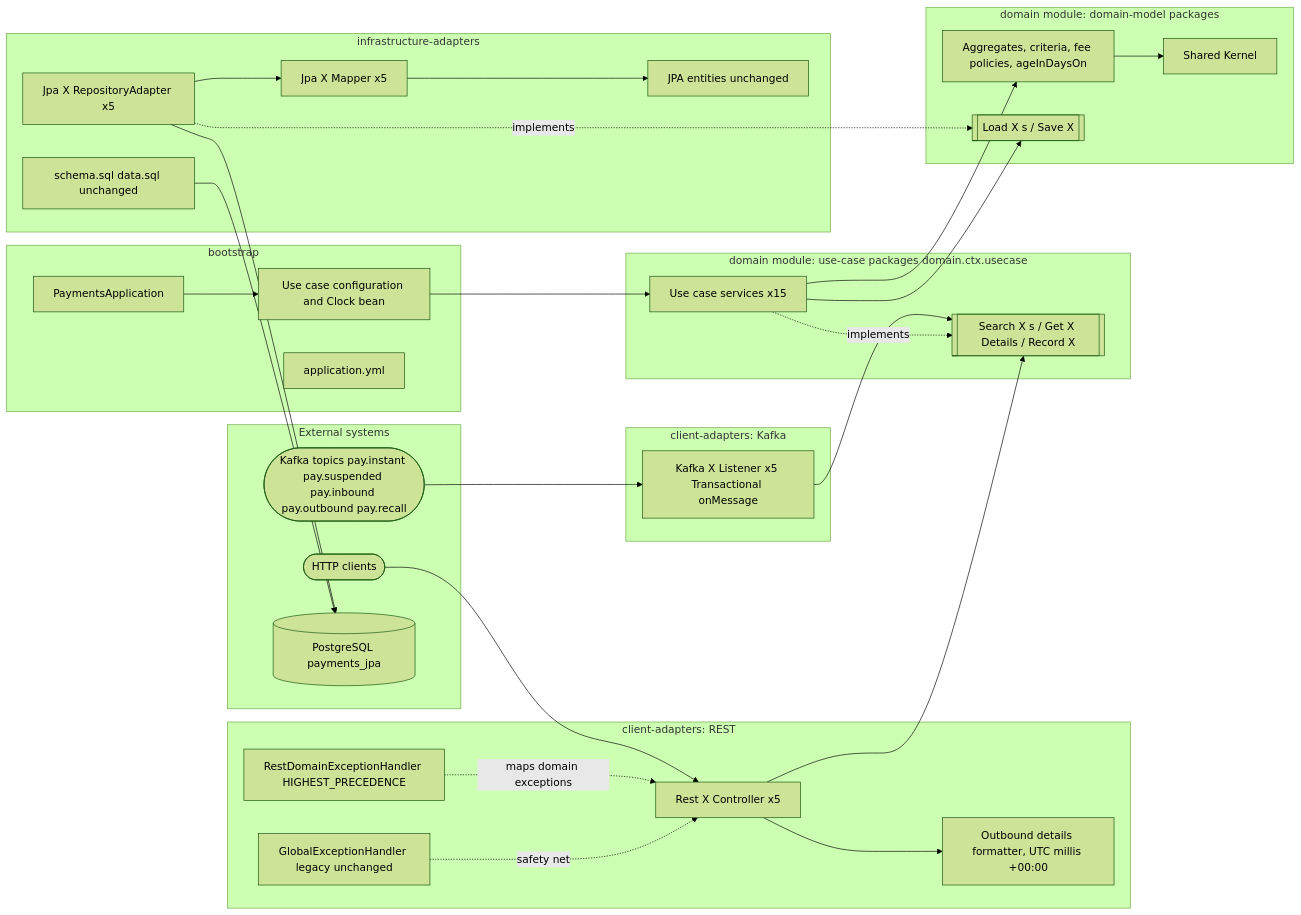
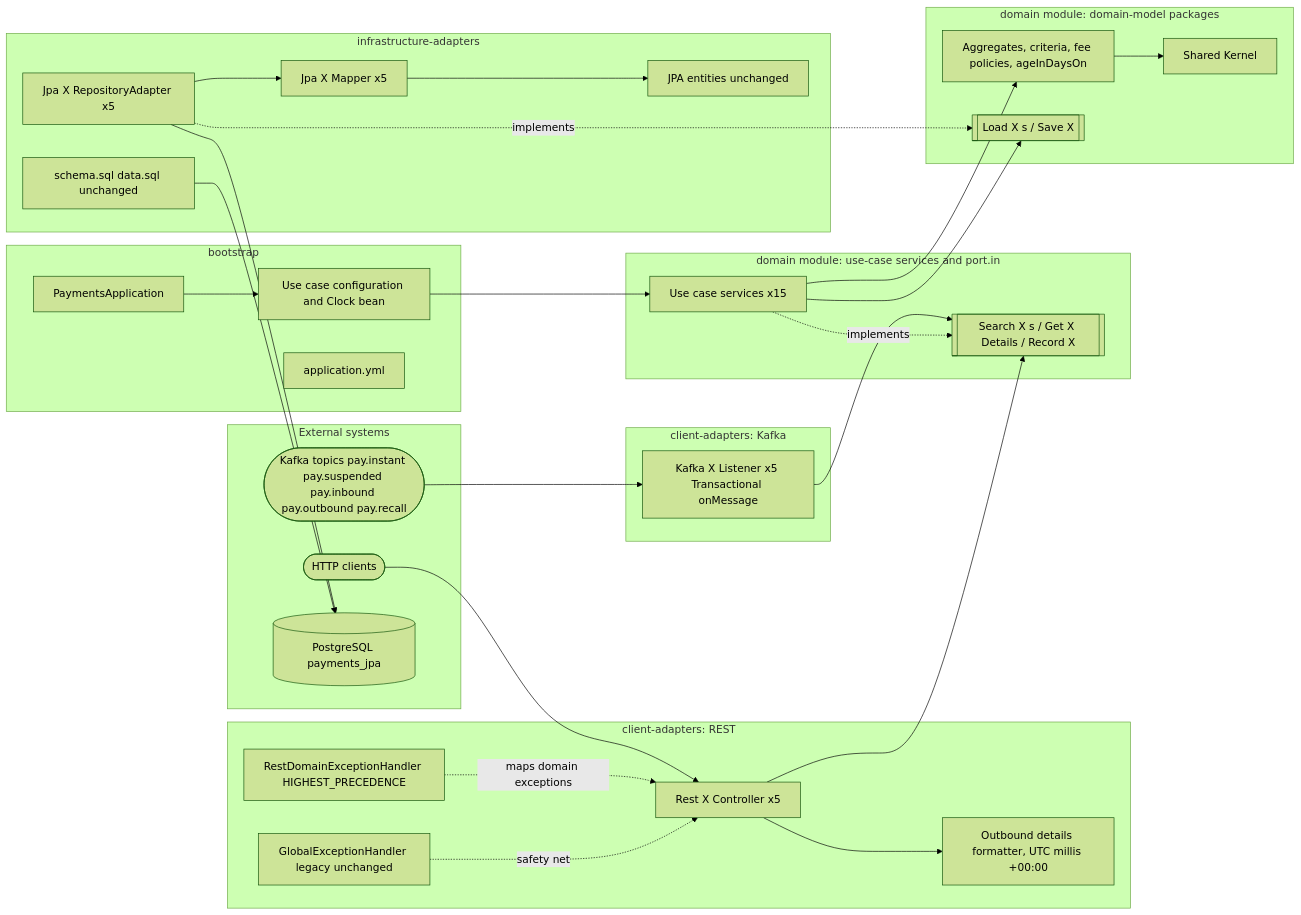
Before and after one commit to kevin-llps/payments-hexagonal-architecture-migration-challenge: the first of 5 diagrams in realistic-mess-based-on-jpa-entities-challenge/docs/migration-2026-11-12/technical-layer-design.md, drawn with Mermaid (forest theme). The commit also changed other lines of this file and 50 other files, not shown here.

````diff
--- a/realistic-mess-based-on-jpa-entities-challenge/docs/migration-2026-11-12/technical-layer-design.md
+++ b/realistic-mess-based-on-jpa-entities-challenge/docs/migration-2026-11-12/technical-layer-design.md
@@ -65,55 +65,55 @@
 ```mermaid
 flowchart LR
     subgraph EXT[External systems]
         HTTP([HTTP clients])
         KFK([Kafka topics pay.instant pay.suspended pay.inbound pay.outbound pay.recall])
         PG[(PostgreSQL payments_jpa)]
     end
     subgraph RESTM[client-adapters: REST]
         RC["Rest X Controller x5"]
         RFMT["Outbound details formatter, UTC millis +00:00"]
         RDEH["RestDomainExceptionHandler HIGHEST_PRECEDENCE"]
         GEH["GlobalExceptionHandler legacy unchanged"]
     end
     subgraph KAFM[client-adapters: Kafka]
         KL["Kafka X Listener x5 Transactional onMessage"]
     end
-    subgraph APPM[domain module: use-case packages domain.ctx.usecase]
+    subgraph APPM[domain module: use-case services and port.in]
         PIN[["Search X s / Get X Details / Record X"]]
         SVC["Use case services x15"]
     end
     subgraph DOMM[domain module: domain-model packages]
         AGG["Aggregates, criteria, fee policies, ageInDaysOn"]
         SK["Shared Kernel"]
         POUT[["Load X s / Save X"]]
     end
     subgraph JPAM[infrastructure-adapters]
         JA["Jpa X RepositoryAdapter x5"]
         JM["Jpa X Mapper x5"]
         ENT["JPA entities unchanged"]
         SQL["schema.sql data.sql unchanged"]
     end
     subgraph BOOT[bootstrap]
         APPCLS["PaymentsApplication"]
         CFG["Use case configuration and Clock bean"]
         YML["application.yml"]
     end
     HTTP --> RC
     KFK --> KL
     RC --> PIN
     RC --> RFMT
     KL --> PIN
     SVC -. implements .-> PIN
     SVC --> AGG
     SVC --> POUT
     AGG --> SK
     JA -. implements .-> POUT
     JA --> JM
     JM --> ENT
     JA --> PG
     SQL --> PG
     RDEH -. maps domain exceptions .-> RC
     GEH -. safety net .-> RC
     CFG --> SVC
     APPCLS --> CFG
 ```
````
